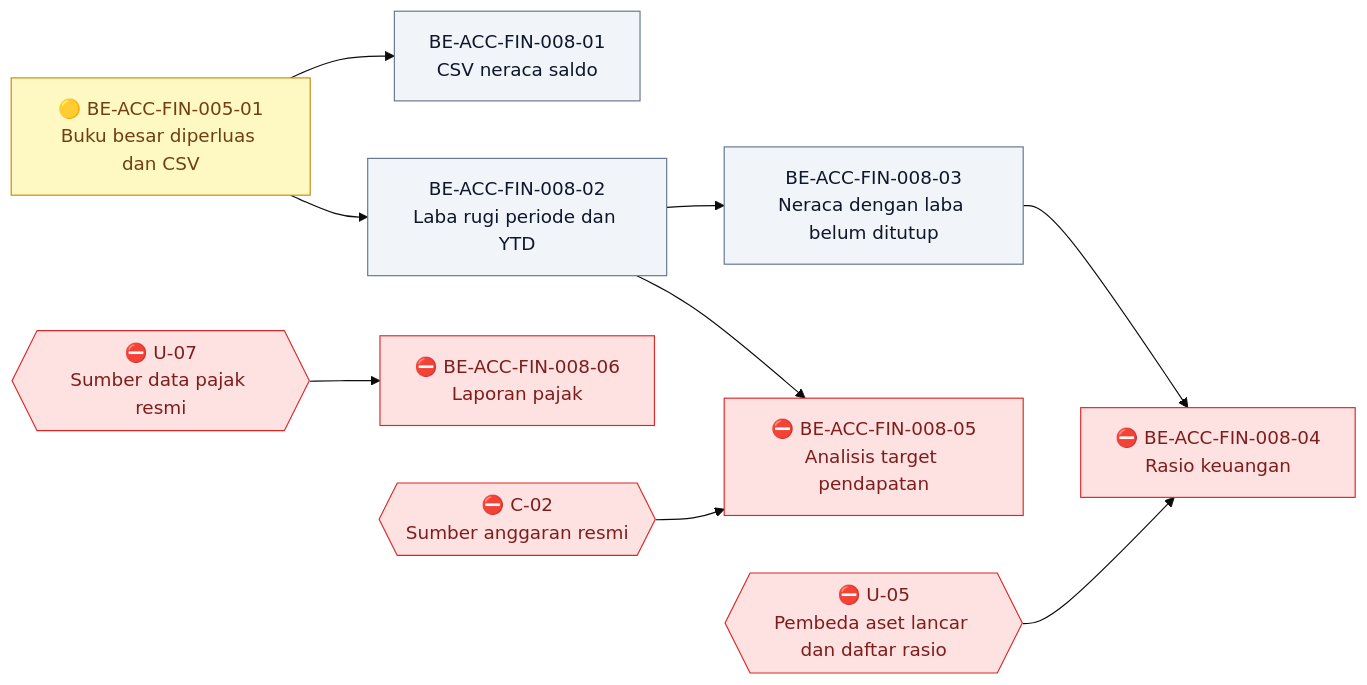
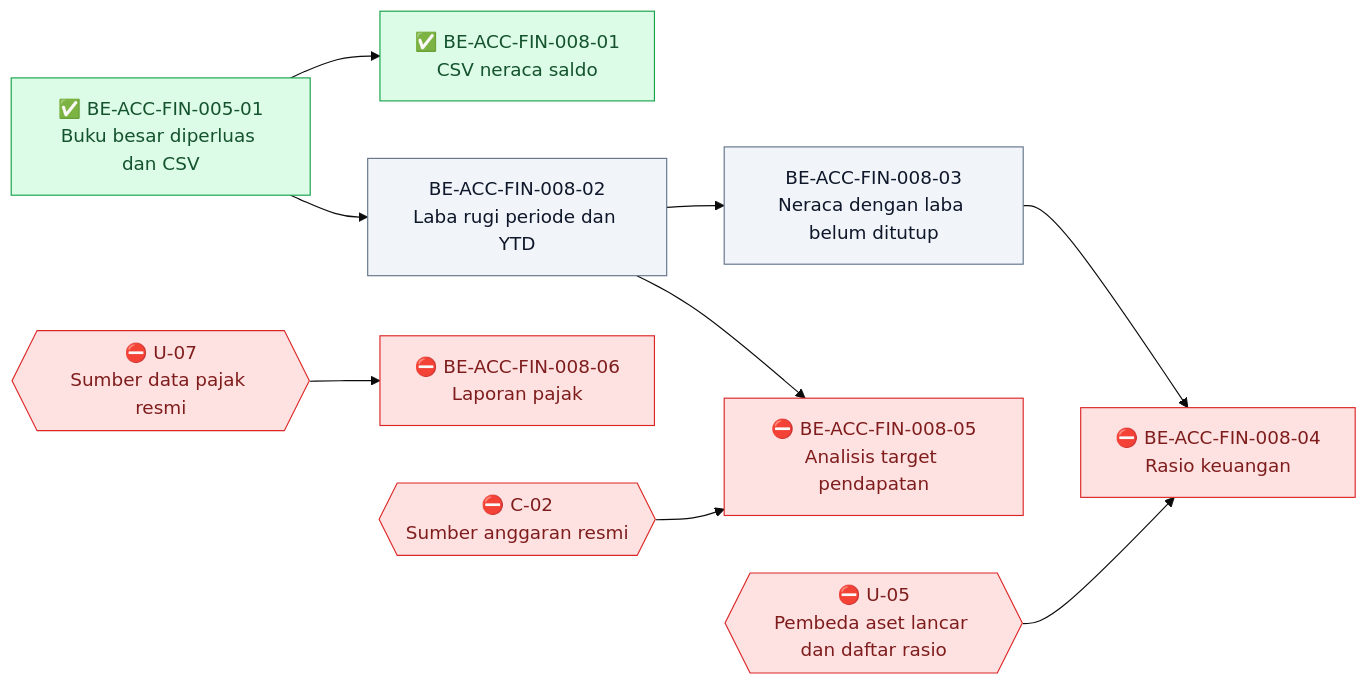
Before and after one commit to DevBenari/NewQuilvianSystemBackend: the diagram in docs/module-blueprints/accounting/roadmap/backend-roadmap-finishing.md, drawn with Mermaid (base theme). The commit also changed other lines of this file and 12 other files, not shown here.

First line of the commit message:
feat(accounting): CSV neraca saldo dan penguatan batas unduhan buku besar (BE-ACC-FIN-008-01, BE-ACC-FIN-005-01)

````diff
--- a/docs/module-blueprints/accounting/roadmap/backend-roadmap-finishing.md
+++ b/docs/module-blueprints/accounting/roadmap/backend-roadmap-finishing.md
@@ -43,28 +43,28 @@
 ```mermaid
 flowchart LR
     classDef selesai fill:#DCFCE7,stroke:#16A34A,color:#14532D
     classDef sebagian fill:#FEF9C3,stroke:#CA8A04,color:#713F12
     classDef terblokir fill:#FEE2E2,stroke:#DC2626,color:#7F1D1D
     classDef belum fill:#F1F5F9,stroke:#64748B,color:#0F172A
     classDef luar fill:#EDE9FE,stroke:#7C3AED,color:#3B0764
 
-    BEACCFIN00501["🟡 BE-ACC-FIN-005-01<br/>Buku besar diperluas dan CSV"]:::sebagian
-    BEACCFIN00801["BE-ACC-FIN-008-01<br/>CSV neraca saldo"]:::belum
+    BEACCFIN00501["✅ BE-ACC-FIN-005-01<br/>Buku besar diperluas dan CSV"]:::selesai
+    BEACCFIN00801["✅ BE-ACC-FIN-008-01<br/>CSV neraca saldo"]:::selesai
     BEACCFIN00802["BE-ACC-FIN-008-02<br/>Laba rugi periode dan YTD"]:::belum
     BEACCFIN00803["BE-ACC-FIN-008-03<br/>Neraca dengan laba belum ditutup"]:::belum
     BEACCFIN00804["⛔ BE-ACC-FIN-008-04<br/>Rasio keuangan"]:::terblokir
     BEACCFIN00805["⛔ BE-ACC-FIN-008-05<br/>Analisis target pendapatan"]:::terblokir
     BEACCFIN00806["⛔ BE-ACC-FIN-008-06<br/>Laporan pajak"]:::terblokir
     U05{{"⛔ U-05<br/>Pembeda aset lancar dan daftar rasio"}}:::terblokir
     C02{{"⛔ C-02<br/>Sumber anggaran resmi"}}:::terblokir
     U07{{"⛔ U-07<br/>Sumber data pajak resmi"}}:::terblokir
 
     BEACCFIN00501 --> BEACCFIN00801
     BEACCFIN00501 --> BEACCFIN00802
     BEACCFIN00802 --> BEACCFIN00803
     BEACCFIN00803 --> BEACCFIN00804
     U05 --> BEACCFIN00804
     BEACCFIN00802 --> BEACCFIN00805
     C02 --> BEACCFIN00805
     U07 --> BEACCFIN00806
 ```
````
